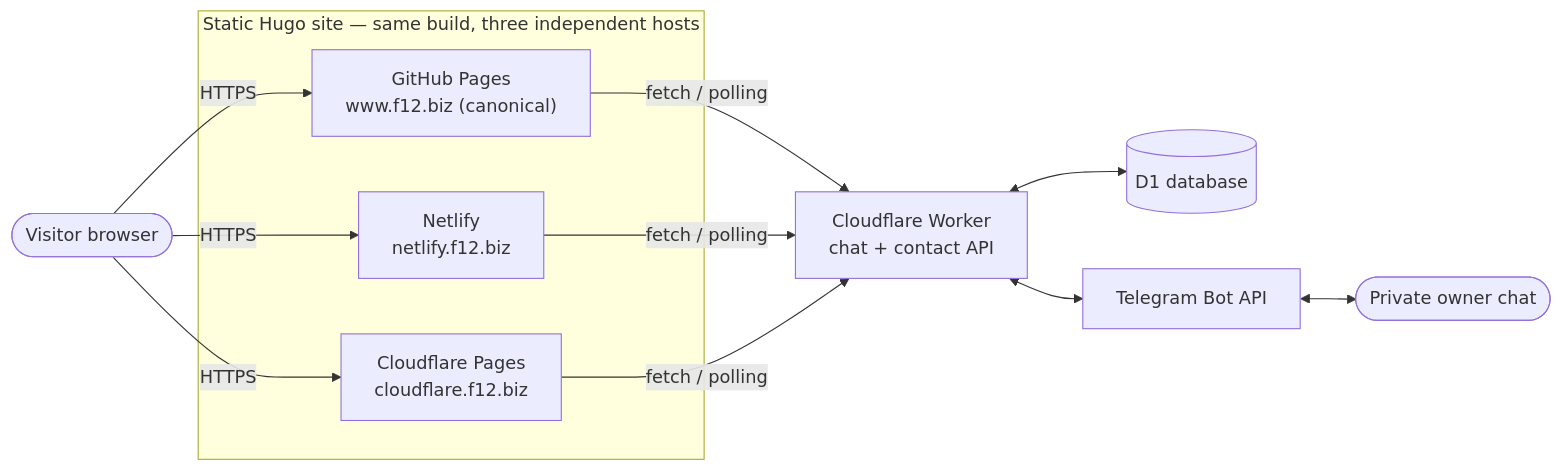
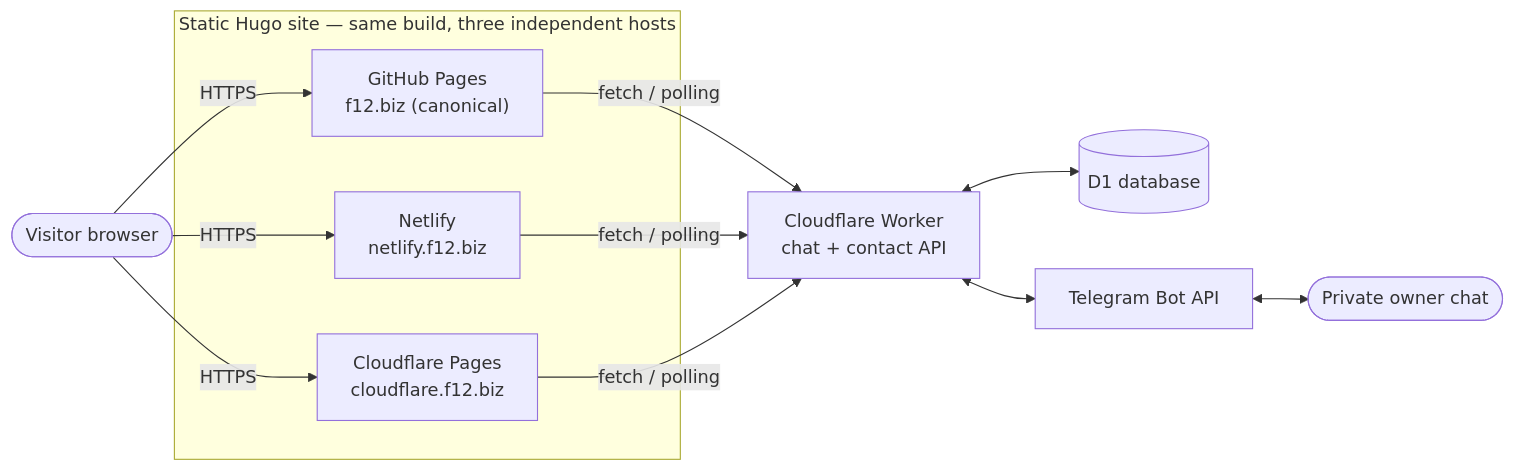
Before and after one commit to akaJedi/akajedi.github.io: the first of 3 diagrams in README.md, drawn with Mermaid. The commit also changed other lines of this file and 7 other files, not shown here.

````diff
--- a/README.md
+++ b/README.md
@@ -11,25 +11,25 @@
 ```mermaid
 flowchart LR
     Visitor(["Visitor browser"])
 
     subgraph Static["Static Hugo site — same build, three independent hosts"]
-        GHPages["GitHub Pages\nwww.f12.biz (canonical)"]
+        GHPages["GitHub Pages\nf12.biz (canonical)"]
         Netlify["Netlify\nnetlify.f12.biz"]
         CFPages["Cloudflare Pages\ncloudflare.f12.biz"]
     end
 
     Worker["Cloudflare Worker\nchat + contact API"]
     D1[("D1 database")]
     Telegram["Telegram Bot API"]
     Owner(["Private owner chat"])
 
     Visitor -->|HTTPS| GHPages
     Visitor -->|HTTPS| Netlify
     Visitor -->|HTTPS| CFPages
     GHPages -->|fetch / polling| Worker
     Netlify -->|fetch / polling| Worker
     CFPages -->|fetch / polling| Worker
     Worker <--> D1
     Worker <--> Telegram
     Telegram <--> Owner
 ```
````
